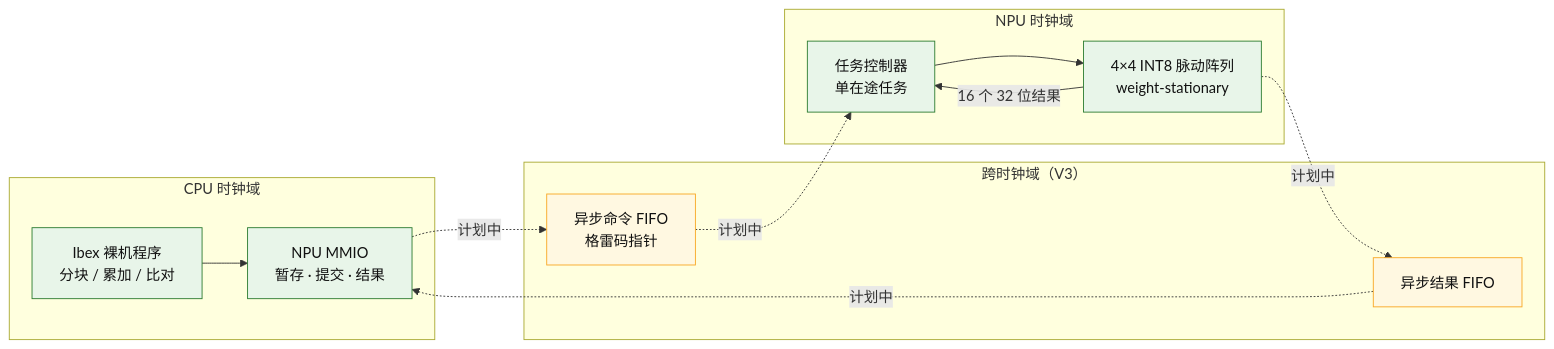
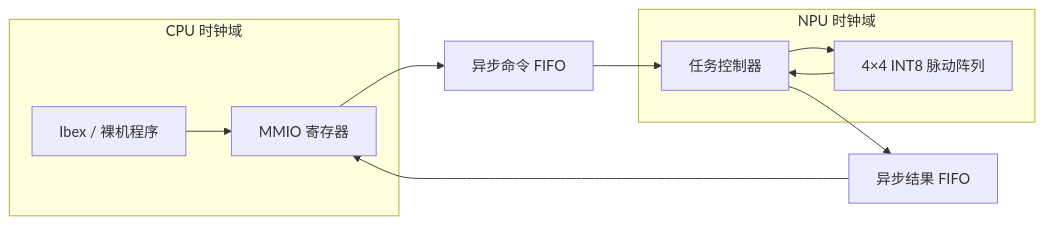
One commit to Avile-x/riscv-int8-npu-soc changed the diagram in README.md. Above: the diagram before and after it, drawn with Mermaid. The commit also changed other lines of this file and 2 other files, not shown here.

````diff
--- a/README.md
+++ b/README.md
@@ -68,30 +26,21 @@
 ```mermaid
 flowchart LR
     subgraph CPU["CPU 时钟域"]
-        SW["Ibex 裸机程序<br/>分块 / 累加 / 比对"]
-        MMIO["NPU MMIO<br/>暂存 · 提交 · 结果"]
+        SW["Ibex / 裸机程序"]
+        MMIO["MMIO 寄存器"]
         SW --> MMIO
     end
 
-    subgraph CDC["跨时钟域（V3）"]
-        CFIFO["异步命令 FIFO<br/>格雷码指针"]
-        RFIFO["异步结果 FIFO"]
+    CMD["异步命令 FIFO"]
+    RES["异步结果 FIFO"]
+
+    subgraph NPU["NPU 时钟域"]
+        CTRL["任务控制器"]
+        ARRAY["4×4 INT8 脉动阵列"]
+        CTRL --> ARRAY
+        ARRAY --> CTRL
     end
 
-    subgraph NPU["NPU 时钟域"]
-        CTRL["任务控制器<br/>单在途任务"]
-        ARR["4×4 INT8 脉动阵列<br/>weight-stationary"]
-        CTRL --> ARR
-    end
-
-    MMIO -.->|"计划中"| CFIFO
-    CFIFO -.->|"计划中"| CTRL
-    ARR -.->|"计划中"| RFIFO
-    RFIFO -.->|"计划中"| MMIO
-    ARR -->|"16 个 32 位结果"| CTRL
-
-    classDef done fill:#E8F5E9,stroke:#2E7D32,color:#111
-    classDef plan fill:#FFF8E1,stroke:#F9A825,color:#111
-    class SW,MMIO,CTRL,ARR done
-    class CFIFO,RFIFO plan
+    MMIO --> CMD --> CTRL
+    CTRL --> RES --> MMIO
 ```
````
